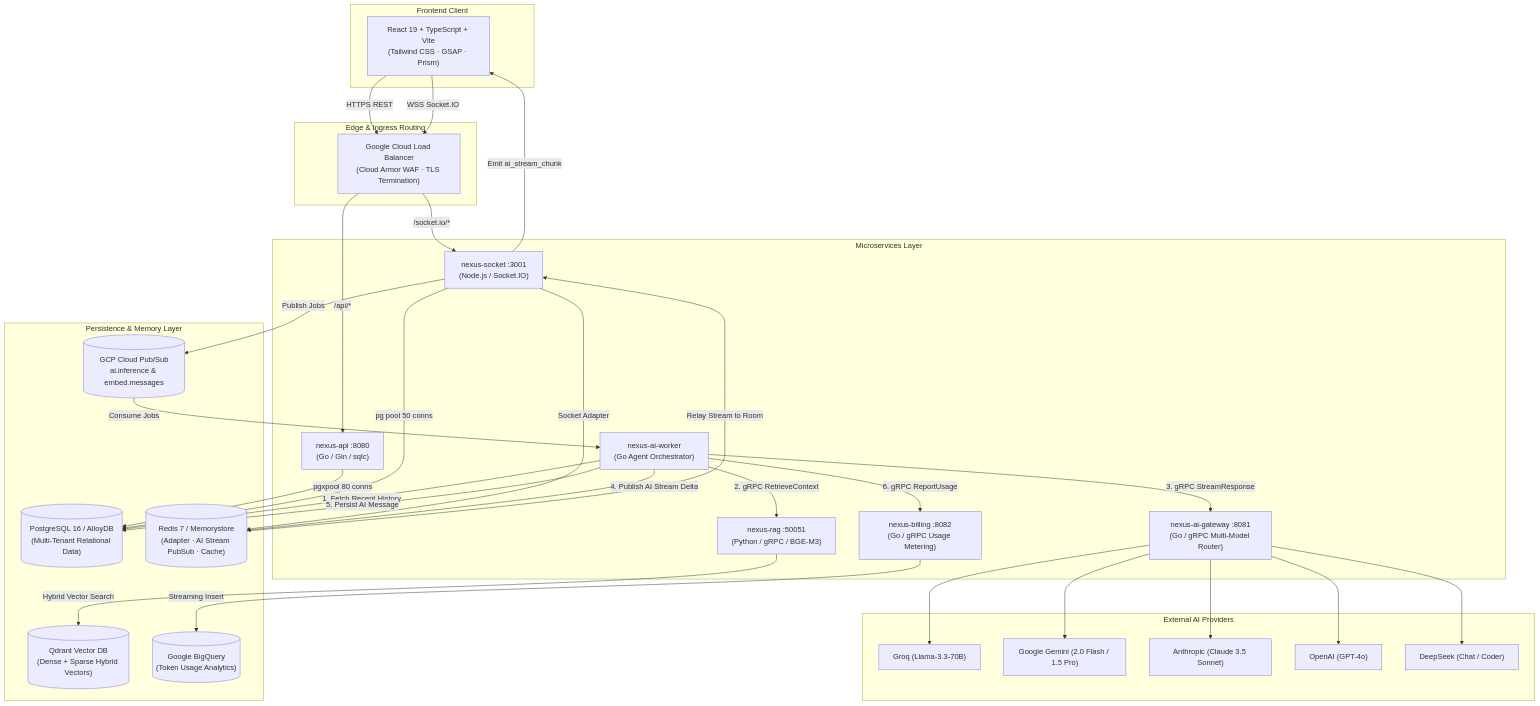
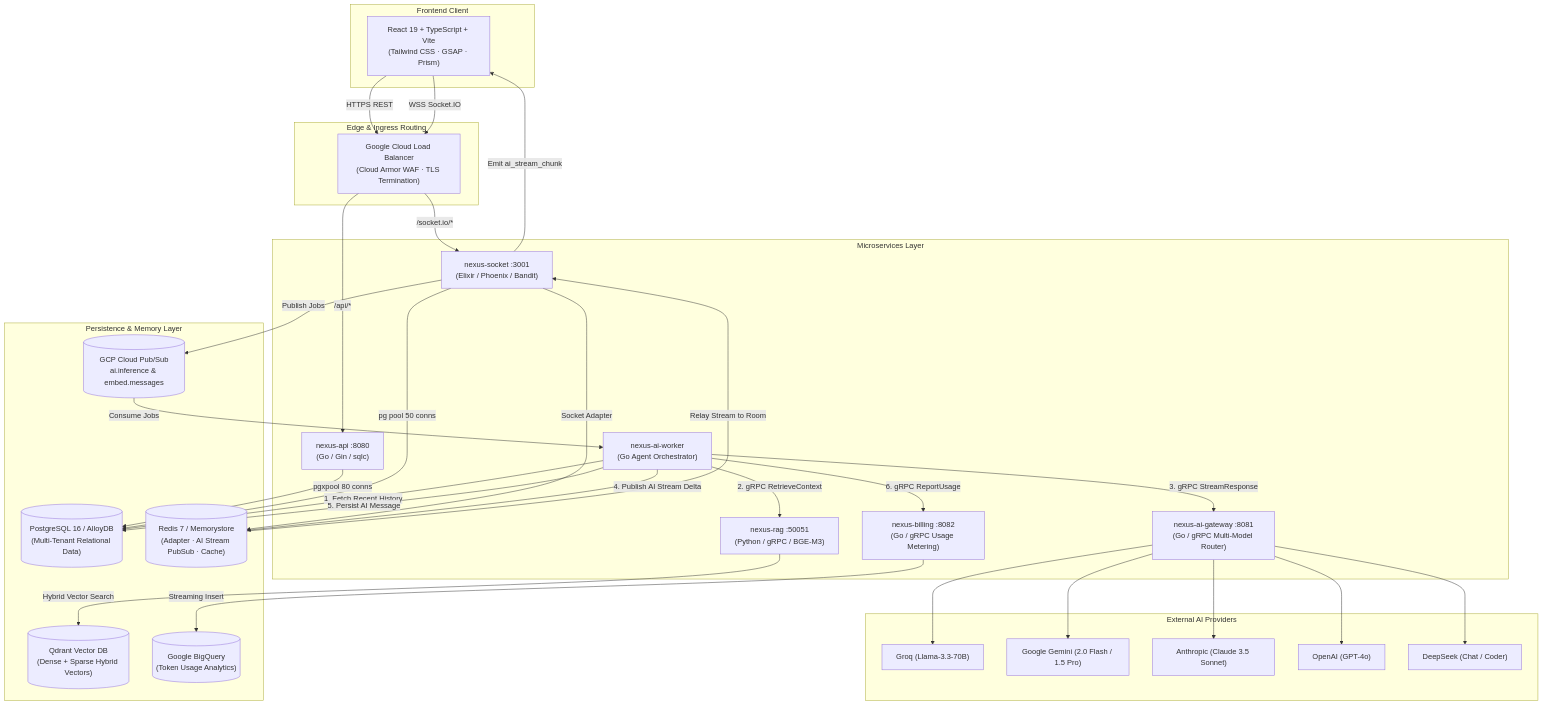
Before and after one commit to Nexus-chat-5039/Nexus-chat: the diagram in README.md, drawn with Mermaid. The commit also changed other lines of this file and 246 other files, not shown here.

Commit message:
refactor: migrate socket service to Elixir and expand API handlers, client tests, and load benchmarks

````diff
--- a/README.md
+++ b/README.md
@@ -24,58 +24,58 @@
 ```mermaid
 graph TB
     subgraph ClientLayer["Frontend Client"]
         WEB["React 19 + TypeScript + Vite\n(Tailwind CSS · GSAP · Prism)"]
     end
 
     subgraph IngressLayer["Edge & Ingress Routing"]
         GLB["Google Cloud Load Balancer\n(Cloud Armor WAF · TLS Termination)"]
         WEB -->|HTTPS REST| GLB
         WEB -->|WSS Socket.IO| GLB
     end
 
     subgraph ServiceMesh["Microservices Layer"]
         API["nexus-api :8080\n(Go / Gin / sqlc)"]
-        SOCK["nexus-socket :3001\n(Node.js / Socket.IO)"]
+        SOCK["nexus-socket :3001\n(Elixir / Phoenix / Bandit)"]
         WORKER["nexus-ai-worker\n(Go Agent Orchestrator)"]
         RAG["nexus-rag :50051\n(Python / gRPC / BGE-M3)"]
         GATEWAY["nexus-ai-gateway :8081\n(Go / gRPC Multi-Model Router)"]
         BILLING["nexus-billing :8082\n(Go / gRPC Usage Metering)"]
     end
 
     subgraph DataLayer["Persistence & Memory Layer"]
         PG[("PostgreSQL 16 / AlloyDB\n(Multi-Tenant Relational Data)")]
         REDIS[("Redis 7 / Memorystore\n(Adapter · AI Stream PubSub · Cache)")]
         QDRANT[("Qdrant Vector DB\n(Dense + Sparse Hybrid Vectors)")]
         PUBSUB[("GCP Cloud Pub/Sub\nai.inference & embed.messages")]
         BQ[("Google BigQuery\n(Token Usage Analytics)")]
     end
 
     subgraph LLMProviders["External AI Providers"]
         GROQ["Groq (Llama-3.3-70B)"]
         GEMINI["Google Gemini (2.0 Flash / 1.5 Pro)"]
         ANTHROPIC["Anthropic (Claude 3.5 Sonnet)"]
         OPENAI["OpenAI (GPT-4o)"]
         DEEPSEEK["DeepSeek (Chat / Coder)"]
     end
 
     GLB -->|/api/*| API
     GLB -->|/socket.io/*| SOCK
 
     API -->|pgxpool 80 conns| PG
     SOCK -->|pg pool 50 conns| PG
     SOCK -->|Socket Adapter| REDIS
     SOCK -->|Publish Jobs| PUBSUB
 
     PUBSUB -->|Consume Jobs| WORKER
     WORKER -->|1. Fetch Recent History| PG
     WORKER -->|2. gRPC RetrieveContext| RAG
     RAG -->|Hybrid Vector Search| QDRANT
     WORKER -->|3. gRPC StreamResponse| GATEWAY
     GATEWAY --> GROQ & GEMINI & ANTHROPIC & OPENAI & DEEPSEEK
     WORKER -->|4. Publish AI Stream Delta| REDIS
     REDIS -->|Relay Stream to Room| SOCK
     SOCK -->|Emit ai_stream_chunk| WEB
     WORKER -->|5. Persist AI Message| PG
     WORKER -->|6. gRPC ReportUsage| BILLING
     BILLING -->|Streaming Insert| BQ
 ```
````
